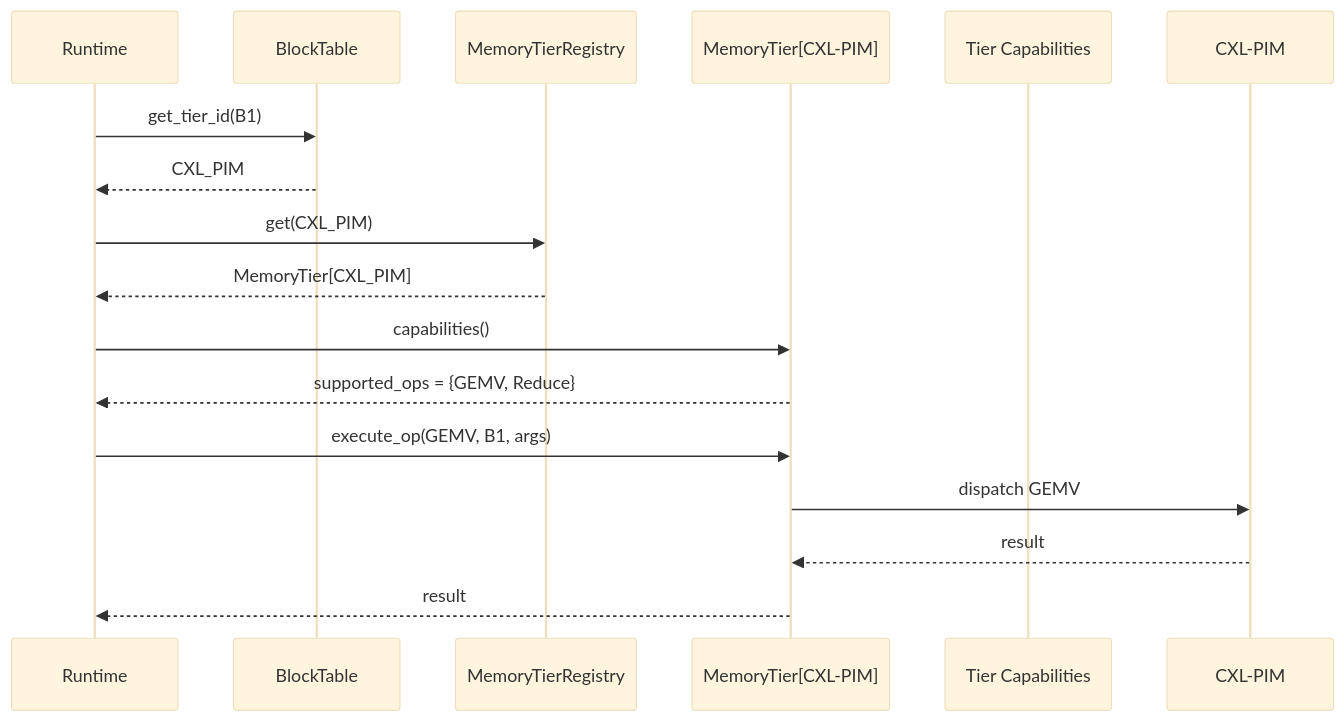
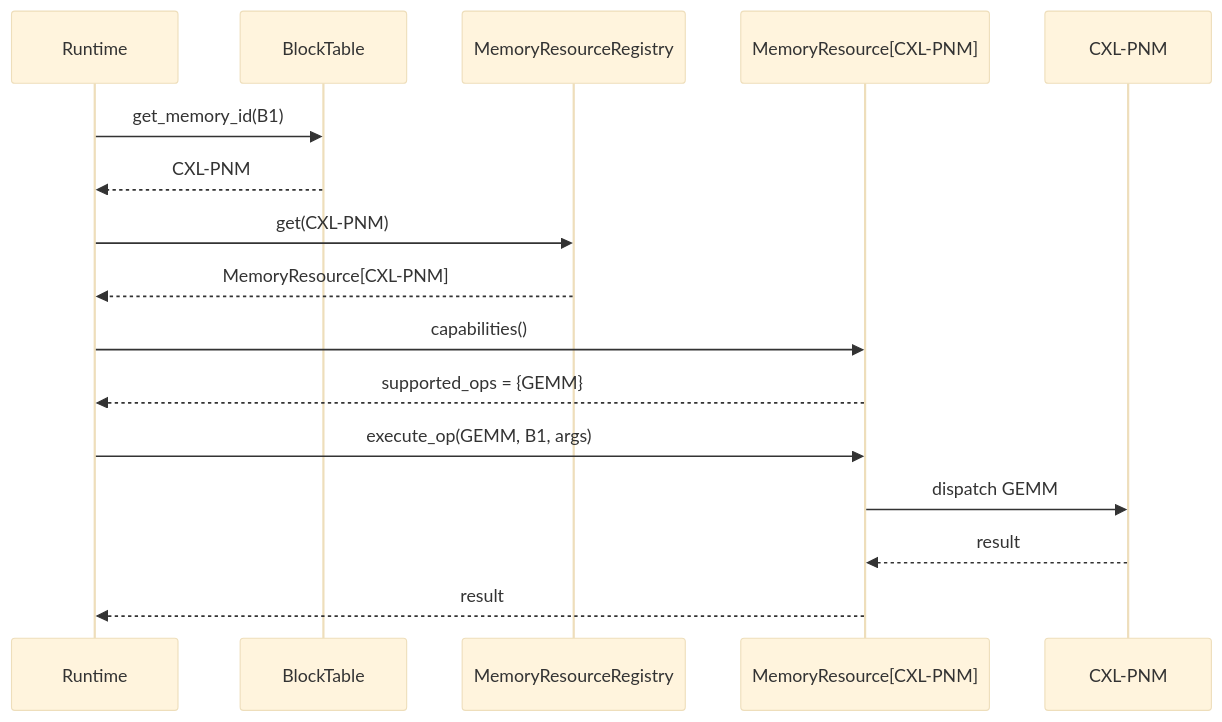
Before and after one commit to mkim0628/vllm: the fourth of 8 diagrams in doc-mk/vllm-compute-capable-memory-candidates.md, drawn with Mermaid (base theme). The commit also changed other lines of this file, not shown here.

````diff
--- a/doc-mk/vllm-compute-capable-memory-candidates.md
+++ b/doc-mk/vllm-compute-capable-memory-candidates.md
@@ -335,20 +218,19 @@
 ```mermaid
 sequenceDiagram
     participant R as Runtime
     participant BT as BlockTable
-    participant REG as MemoryTierRegistry
-    participant MT as MemoryTier[CXL-PIM]
-    participant CAPS as Tier Capabilities
-    participant HW as CXL-PIM
+    participant REG as MemoryResourceRegistry
+    participant MR as MemoryResource[CXL-PNM]
+    participant HW as CXL-PNM
 
-    R->>BT: get_tier_id(B1)
-    BT-->>R: CXL_PIM
-    R->>REG: get(CXL_PIM)
-    REG-->>R: MemoryTier[CXL_PIM]
-    R->>MT: capabilities()
-    MT-->>R: supported_ops = {GEMV, Reduce}
-    R->>MT: execute_op(GEMV, B1, args)
-    MT->>HW: dispatch GEMV
-    HW-->>MT: result
-    MT-->>R: result
+    R->>BT: get_memory_id(B1)
+    BT-->>R: CXL-PNM
+    R->>REG: get(CXL-PNM)
+    REG-->>R: MemoryResource[CXL-PNM]
+    R->>MR: capabilities()
+    MR-->>R: supported_ops = {GEMM}
+    R->>MR: execute_op(GEMM, B1, args)
+    MR->>HW: dispatch GEMM
+    HW-->>MR: result
+    MR-->>R: result
 ```
````
